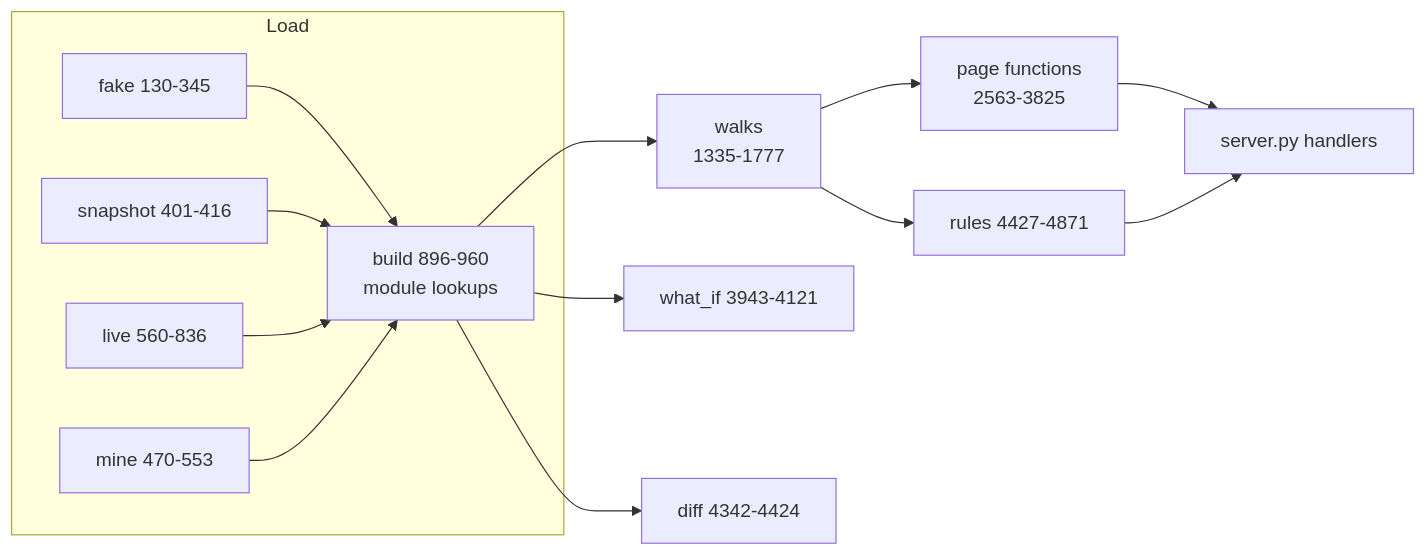
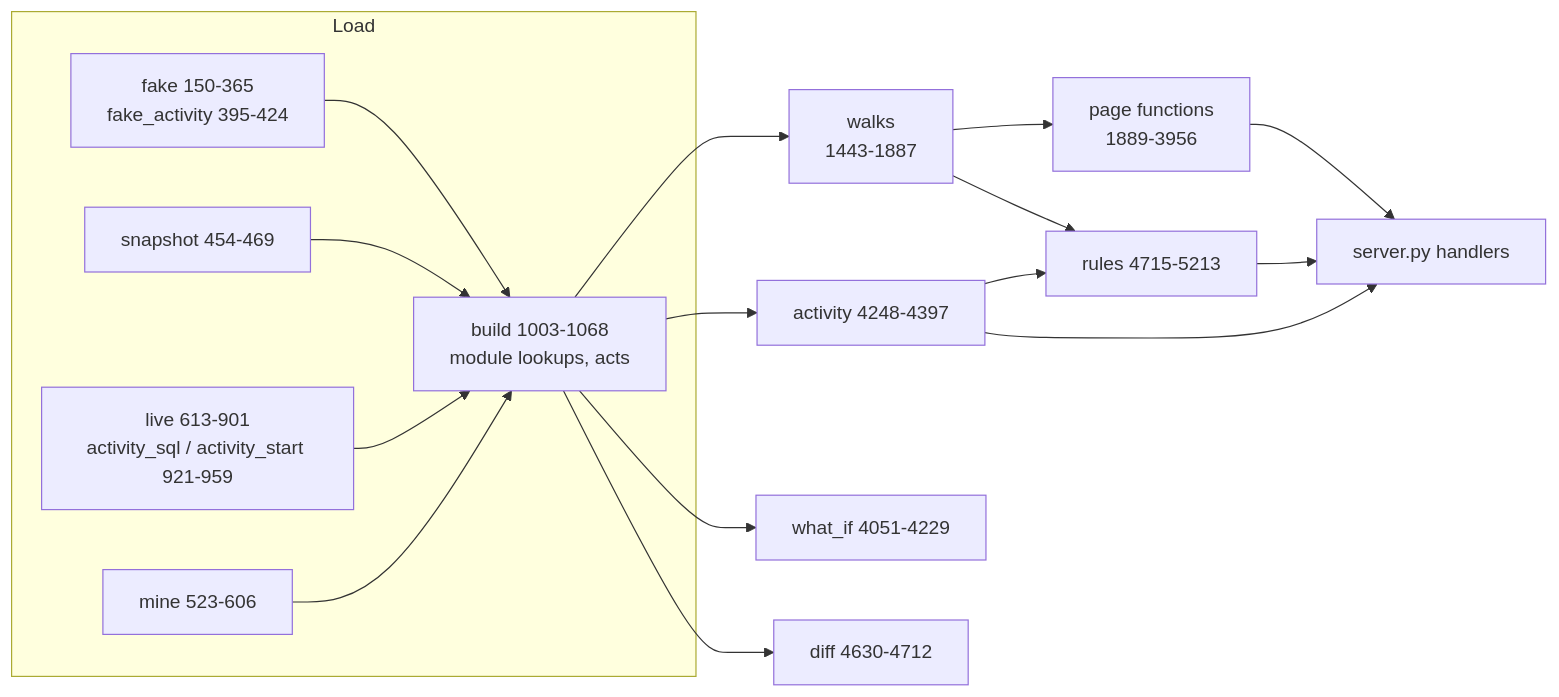
One commit to darshanmeel/snowflake-access-explorer changed the first of 2 diagrams in snowflake-access-explorer-knowledge-graph/modules/access.md. Above: the diagram before and after it, drawn with Mermaid. The commit also changed other lines of this file and 106 other files, not shown here.

First line of the commit message:
Docs and knowledge graph for Activity; setup verify expects 11 tables

````diff
--- a/snowflake-access-explorer-knowledge-graph/modules/access.md
+++ b/snowflake-access-explorer-knowledge-graph/modules/access.md
@@ -5,16 +6,19 @@
 ```mermaid
 flowchart LR
   subgraph Load
-    F[fake 130-345] --> B
-    SN[snapshot 401-416] --> B
-    LV[live 560-836] --> B
-    MI[mine 470-553] --> B
+    F[fake 150-365<br/>fake_activity 395-424] --> B
+    SN[snapshot 454-469] --> B
+    LV[live 613-901<br/>activity_sql / activity_start 921-959] --> B
+    MI[mine 523-606] --> B
   end
-  B[build 896-960<br/>module lookups] --> W[walks<br/>1335-1777]
-  W --> P[page functions<br/>2563-3825]
-  W --> R[rules 4427-4871]
-  B --> WI[what_if 3943-4121]
-  B --> DF[diff 4342-4424]
+  B[build 1003-1068<br/>module lookups, acts] --> W[walks<br/>1443-1887]
+  W --> P[page functions<br/>1889-3956]
+  W --> R[rules 4715-5213]
+  B --> AC[activity 4248-4397]
+  AC --> R
+  B --> WI[what_if 4051-4229]
+  B --> DF[diff 4630-4712]
   P --> S[server.py handlers]
+  AC --> S
   R --> S
 ```
````
